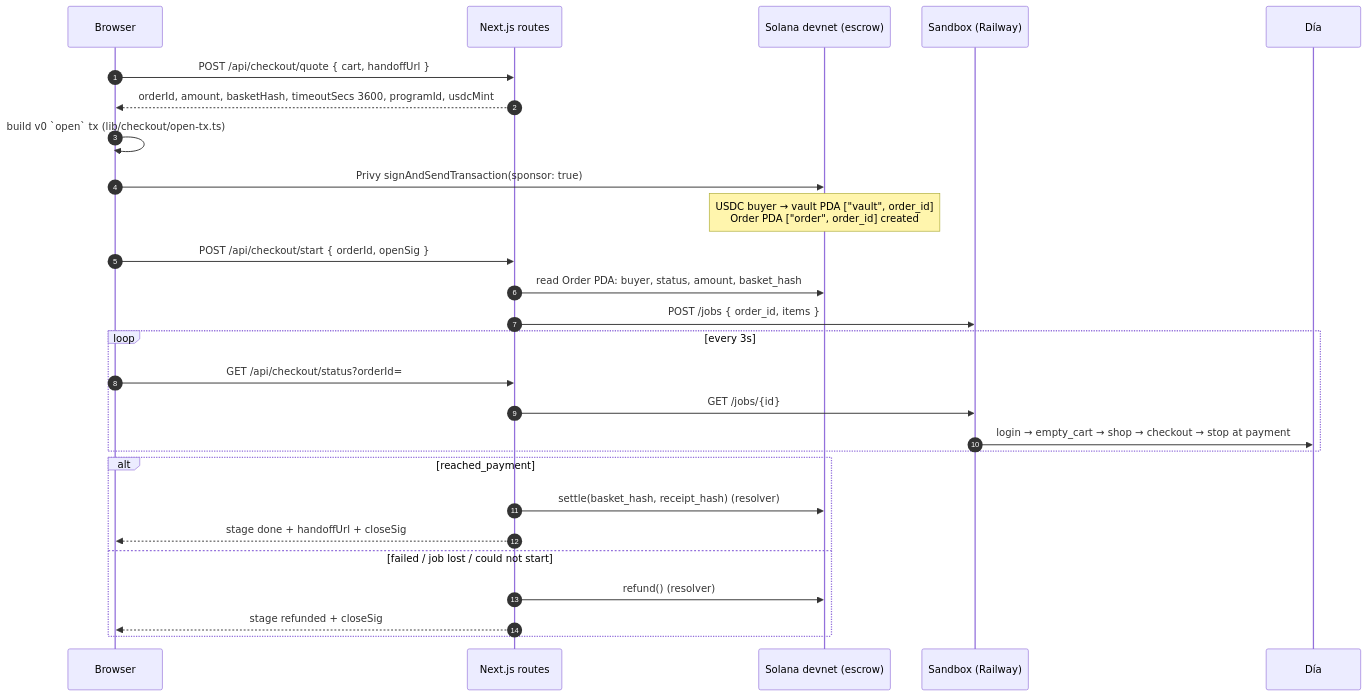
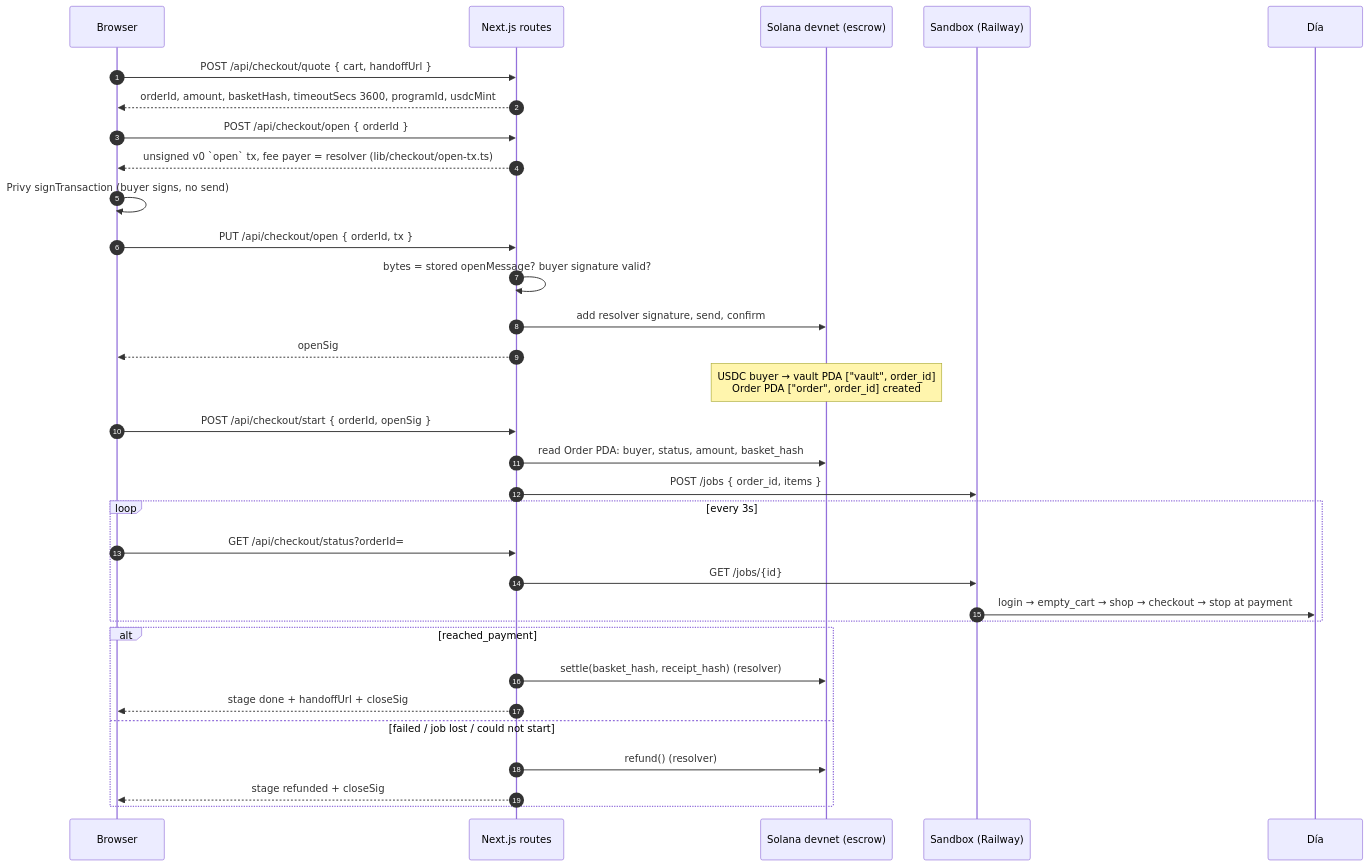
One commit to raptor0929/solana-changuito changed the second of 3 diagrams in docs/flows.md. Above: the diagram before and after it, drawn with Mermaid. The commit also changed other lines of this file and 10 other files, not shown here.

````diff
--- a/docs/flows.md
+++ b/docs/flows.md
@@ -139,29 +139,34 @@
 ```mermaid
 sequenceDiagram
   autonumber
   participant B as Browser
   participant API as Next.js routes
   participant C as Solana devnet (escrow)
   participant SB as Sandbox (Railway)
   participant D as Día
   B->>API: POST /api/checkout/quote { cart, handoffUrl }
   API-->>B: orderId, amount, basketHash, timeoutSecs 3600, programId, usdcMint
-  B->>B: build v0 `open` tx (lib/checkout/open-tx.ts)
-  B->>C: Privy signAndSendTransaction(sponsor: true)
+  B->>API: POST /api/checkout/open { orderId }
+  API-->>B: unsigned v0 `open` tx, fee payer = resolver (lib/checkout/open-tx.ts)
+  B->>B: Privy signTransaction (buyer signs, no send)
+  B->>API: PUT /api/checkout/open { orderId, tx }
+  API->>API: bytes = stored openMessage? buyer signature valid?
+  API->>C: add resolver signature, send, confirm
+  API-->>B: openSig
   Note over C: USDC buyer → vault PDA ["vault", order_id]<br/>Order PDA ["order", order_id] created
   B->>API: POST /api/checkout/start { orderId, openSig }
   API->>C: read Order PDA: buyer, status, amount, basket_hash
   API->>SB: POST /jobs { order_id, items }
   loop every 3s
     B->>API: GET /api/checkout/status?orderId=
     API->>SB: GET /jobs/{id}
     SB->>D: login → empty_cart → shop → checkout → stop at payment
   end
   alt reached_payment
     API->>C: settle(basket_hash, receipt_hash)  (resolver)
     API-->>B: stage done + handoffUrl + closeSig
   else failed / job lost / could not start
     API->>C: refund()  (resolver)
     API-->>B: stage refunded + closeSig
   end
 ```
````
